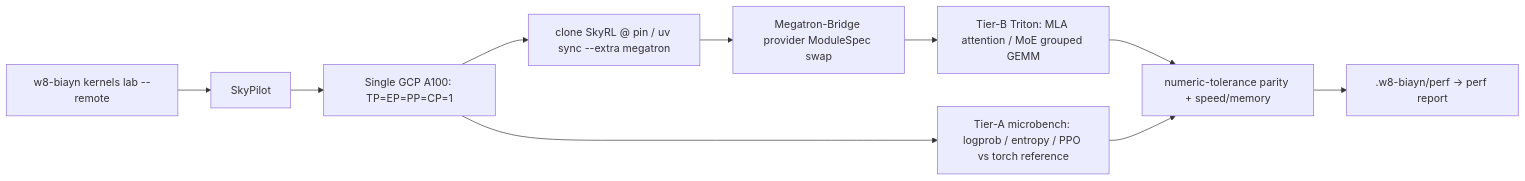
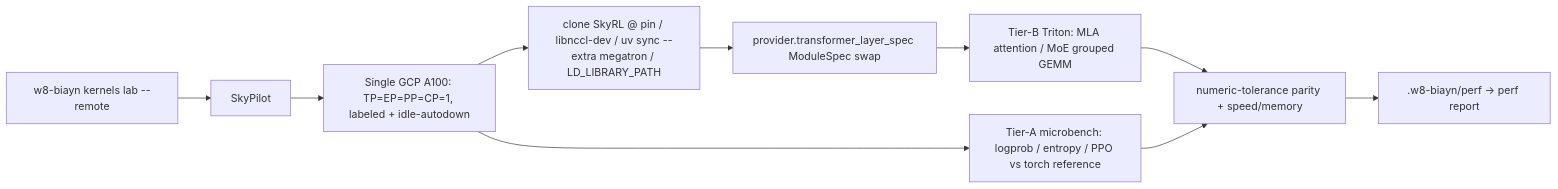
The first of 3 diagrams in README.md (sandys/browser-is-all-you-need), drawn with Mermaid before and after one commit. The commit also changed other lines of this file and 1 other file, not shown here.

Commit message:
Document validated A100 kernel lab (Phase 0)
Update the README Custom-Kernel R&D section and the w8-biayn-framework skill to
reflect what was proven on an A100-SXM4-40GB:

- Phase-0 status: env builds + the injection seam (provider.transformer_layer_spec)
  yields a bit-identical identity swap; Tier-B Triton kernels are next.
- The validated env recipe now baked into the render (CUDA_HOME, libnccl-dev for TE's
  nccl.h, LD_LIBRARY_PATH into the venv nvidia/*/lib for cuDNN, uv venv --clear), and
  the single-GPU build path (initialize_model_parallel(1,1,1,1) +
  provide_distributed_model, gradient_accumulation_fusion=False).
- Shared-account safety: single A100, w8-biayn=kernel-lab labels, idle autodown,
  orphan check via gcloud. Probe scripts scripts/kernel_phase0.py and
  scripts/kernel_identity_swap.py referenced; diagram updated.

````diff
--- a/README.md
+++ b/README.md
@@ -303,12 +307,12 @@
 ```mermaid
 flowchart LR
   cli[w8-biayn kernels lab --remote] --> sky[SkyPilot]
-  sky --> a100[Single GCP A100: TP=EP=PP=CP=1]
-  a100 --> setup[clone SkyRL @ pin / uv sync --extra megatron]
-  setup --> spec[Megatron-Bridge provider ModuleSpec swap]
+  sky --> a100[Single GCP A100: TP=EP=PP=CP=1, labeled + idle-autodown]
+  a100 --> setup[clone SkyRL @ pin / libnccl-dev / uv sync --extra megatron / LD_LIBRARY_PATH]
+  setup --> spec[provider.transformer_layer_spec ModuleSpec swap]
   spec --> tritonB[Tier-B Triton: MLA attention / MoE grouped GEMM]
   a100 --> microbench[Tier-A microbench: logprob / entropy / PPO vs torch reference]
   tritonB --> parity[numeric-tolerance parity + speed/memory]
   microbench --> parity
   parity --> artifacts[.w8-biayn/perf -> perf report]
 ```
````
